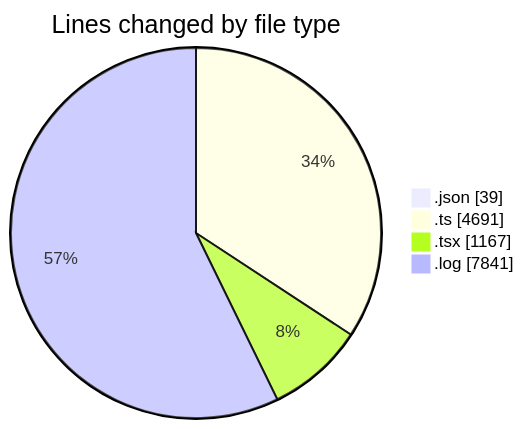
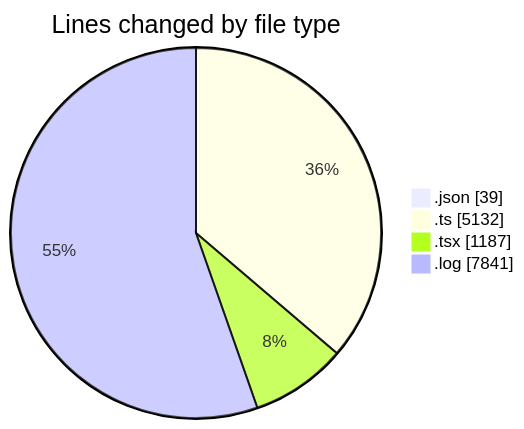
The first of 2 diagrams in 2025-09-13/napxuvn/README.md (lephambinh05/code-tracking), drawn with Mermaid before and after one commit. The commit also changed other lines of this file and 1 other file, not shown here.

````diff
--- a/2025-09-13/napxuvn/README.md
+++ b/2025-09-13/napxuvn/README.md
@@ -46,8 +48,8 @@
 ```mermaid
 pie showData
 title Lines changed by file type
 ".json" : 39
-".ts" : 4691
-".tsx" : 1167
+".ts" : 5132
+".tsx" : 1187
 ".log" : 7841
 ```
````
